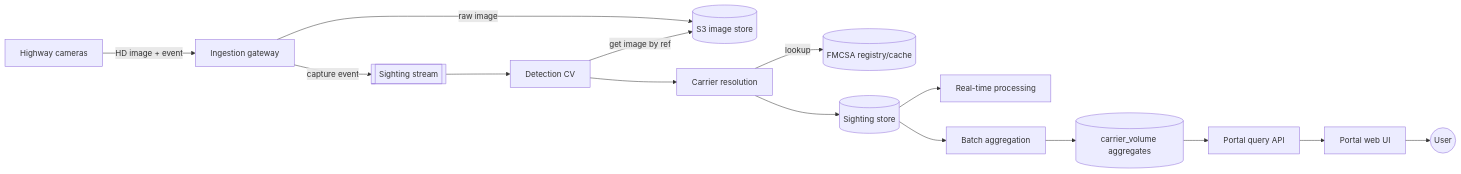
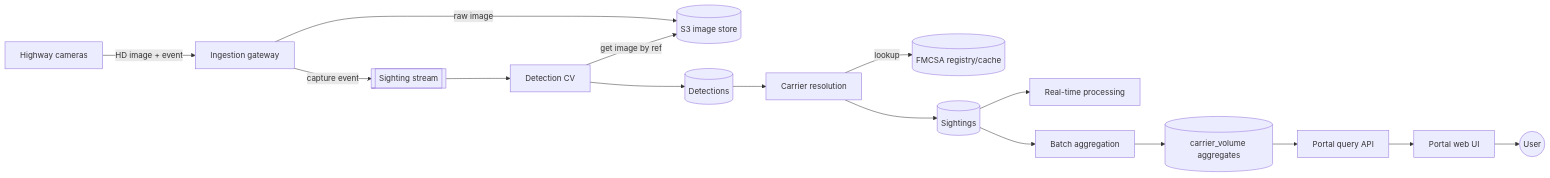
The first of 5 diagrams in docs/ARCHITECTURE.md (D4D-AI/genlogs-exercise), drawn with Mermaid before and after one commit. The commit also changed other lines of this file and 1 other file, not shown here.

Commit message:
separate detections into detections + sightings

````diff
--- a/docs/ARCHITECTURE.md
+++ b/docs/ARCHITECTURE.md
@@ -44,17 +45,18 @@
 ```mermaid
 flowchart LR
   CAM[Highway cameras] -->|HD image + event| ING[Ingestion gateway]
   ING -->|raw image| S3[(S3 image store)]
   ING -->|capture event| STR[[Sighting stream]]
   STR --> DET[Detection CV]
   DET -->|get image by ref| S3
-  DET --> ENR[Carrier resolution]
+  DET --> DETS[(Detections)]
+  DETS --> ENR[Carrier resolution]
   ENR -->|lookup| REG[(FMCSA registry/cache)]
-  ENR --> SGT[(Sighting store)]
+  ENR --> SGT[(Sightings)]
   SGT --> RT[Real-time processing]
   SGT --> BAT[Batch aggregation]
   BAT --> CV[(carrier_volume aggregates)]
   CV --> API[Portal query API]
   API --> UI[Portal web UI]
   UI --> USER((User))
 ```
````
